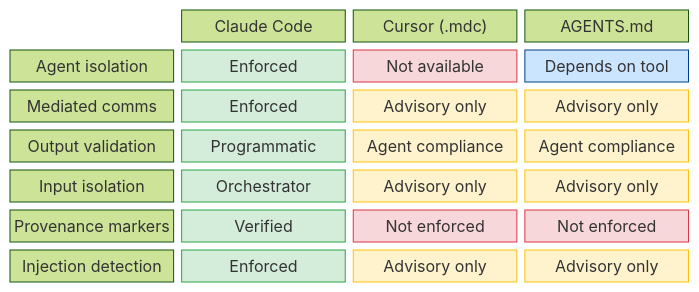
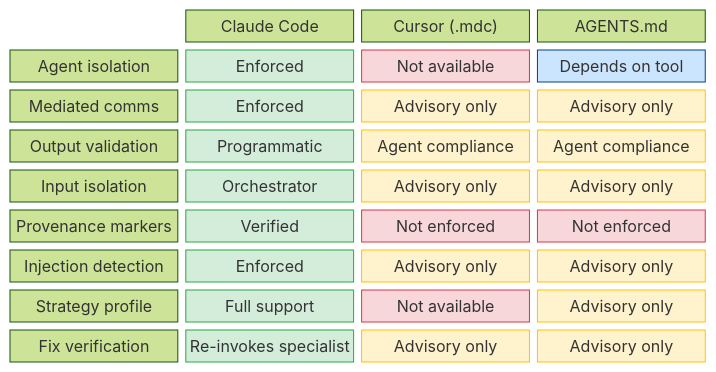
Before and after one commit to ugiordan/adversarial-reviewing: the diagram in site/docs/architecture/security-model.md, drawn with Mermaid (forest theme). The commit also changed other lines of this file and 22 other files, not shown here.

````diff
--- a/site/docs/architecture/security-model.md
+++ b/site/docs/architecture/security-model.md
@@ -51,30 +51,38 @@
 ```mermaid
 block-beta
     columns 4
     space:1 CC["Claude Code"] CU["Cursor (.mdc)"] AG["AGENTS.md"]
     ISO["Agent isolation"]:1 CC_ISO["Enforced"]:1 CU_ISO["Not available"]:1 AG_ISO["Depends on tool"]:1
     MED["Mediated comms"]:1 CC_MED["Enforced"]:1 CU_MED["Advisory only"]:1 AG_MED["Advisory only"]:1
     VAL["Output validation"]:1 CC_VAL["Programmatic"]:1 CU_VAL["Agent compliance"]:1 AG_VAL["Agent compliance"]:1
     INP["Input isolation"]:1 CC_INP["Orchestrator"]:1 CU_INP["Advisory only"]:1 AG_INP["Advisory only"]:1
     PRV["Provenance markers"]:1 CC_PRV["Verified"]:1 CU_PRV["Not enforced"]:1 AG_PRV["Not enforced"]:1
     INJ["Injection detection"]:1 CC_INJ["Enforced"]:1 CU_INJ["Advisory only"]:1 AG_INJ["Advisory only"]:1
+    STR["Strategy profile"]:1 CC_STR["Full support"]:1 CU_STR["Not available"]:1 AG_STR["Advisory only"]:1
+    FIX["Fix verification"]:1 CC_FIX["Re-invokes specialist"]:1 CU_FIX["Advisory only"]:1 AG_FIX["Advisory only"]:1
 
     style CC_ISO fill:#d4edda,stroke:#28a745
     style CC_MED fill:#d4edda,stroke:#28a745
     style CC_VAL fill:#d4edda,stroke:#28a745
     style CC_INP fill:#d4edda,stroke:#28a745
     style CC_PRV fill:#d4edda,stroke:#28a745
     style CC_INJ fill:#d4edda,stroke:#28a745
+    style CC_STR fill:#d4edda,stroke:#28a745
+    style CC_FIX fill:#d4edda,stroke:#28a745
     style CU_ISO fill:#f8d7da,stroke:#dc3545
     style CU_MED fill:#fff3cd,stroke:#ffc107
     style CU_VAL fill:#fff3cd,stroke:#ffc107
     style CU_INP fill:#fff3cd,stroke:#ffc107
     style CU_PRV fill:#f8d7da,stroke:#dc3545
     style CU_INJ fill:#fff3cd,stroke:#ffc107
+    style CU_STR fill:#f8d7da,stroke:#dc3545
+    style CU_FIX fill:#fff3cd,stroke:#ffc107
     style AG_ISO fill:#cce5ff,stroke:#004085
     style AG_MED fill:#fff3cd,stroke:#ffc107
     style AG_VAL fill:#fff3cd,stroke:#ffc107
     style AG_INP fill:#fff3cd,stroke:#ffc107
     style AG_PRV fill:#f8d7da,stroke:#dc3545
     style AG_INJ fill:#fff3cd,stroke:#ffc107
+    style AG_STR fill:#fff3cd,stroke:#ffc107
+    style AG_FIX fill:#fff3cd,stroke:#ffc107
 ```
````
